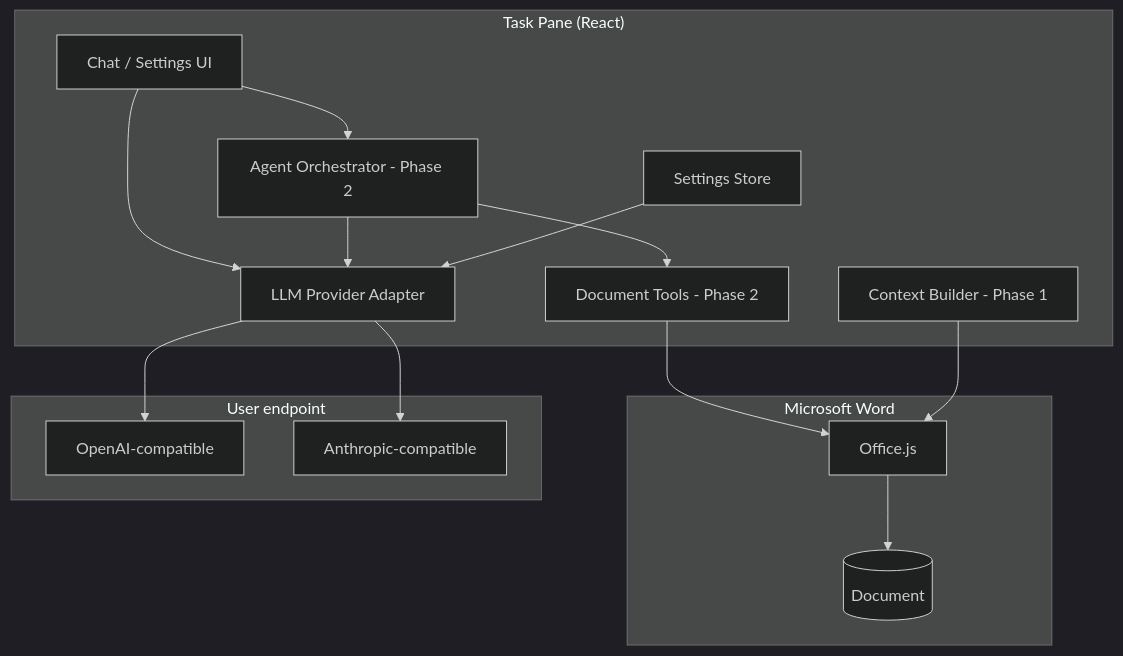
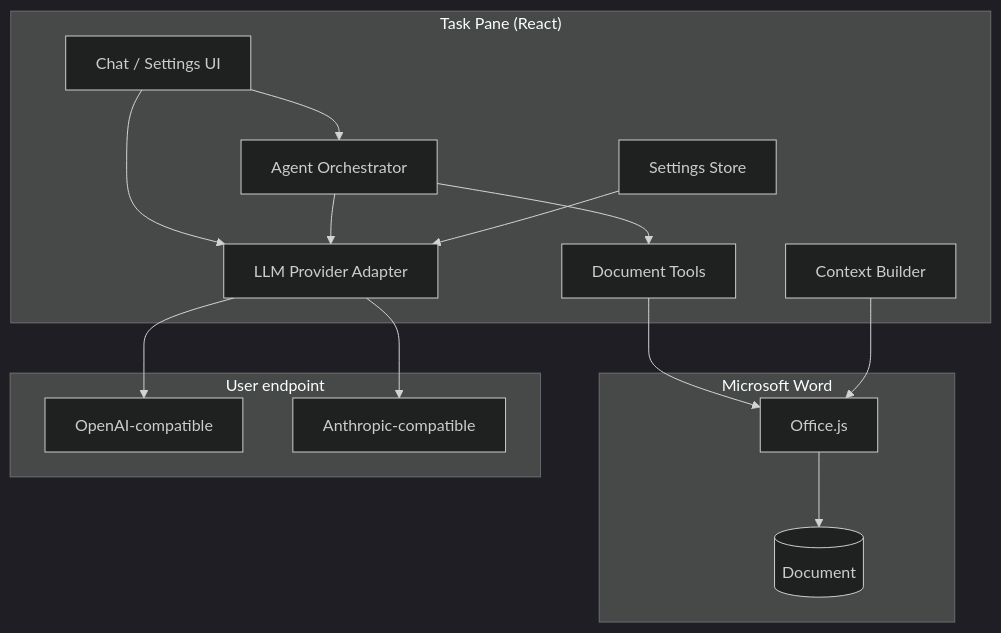
The diagram in AGENTS.md (sabitm/msword-aichat), drawn with Mermaid (dark theme) before and after one commit. The commit also changed other lines of this file and 1 other file, not shown here.

First line of the commit message:
docs: mark Phase 2 complete and document agent mode usage

````diff
--- a/AGENTS.md
+++ b/AGENTS.md
@@ -90,32 +79,32 @@
 ```mermaid
 flowchart TB
     subgraph Word["Microsoft Word"]
         OJS[Office.js]
         DOC[(Document)]
     end
 
     subgraph Addin["Task Pane (React)"]
         UI[Chat / Settings UI]
-        CTX[Context Builder - Phase 1]
-        AGT[Agent Orchestrator - Phase 2]
-        TOOLS[Document Tools - Phase 2]
+        CTX[Context Builder]
+        AGT[Agent Orchestrator]
+        TOOLS[Document Tools]
         PROV[LLM Provider Adapter]
         CFG[Settings Store]
     end
 
     subgraph API["User endpoint"]
         OAI[OpenAI-compatible]
         ANT[Anthropic-compatible]
     end
 
     UI --> PROV
     UI --> AGT
     AGT --> TOOLS
     AGT --> PROV
     TOOLS --> OJS
     CTX --> OJS
     OJS --> DOC
     PROV --> OAI
     PROV --> ANT
     CFG --> PROV
 ```
````
